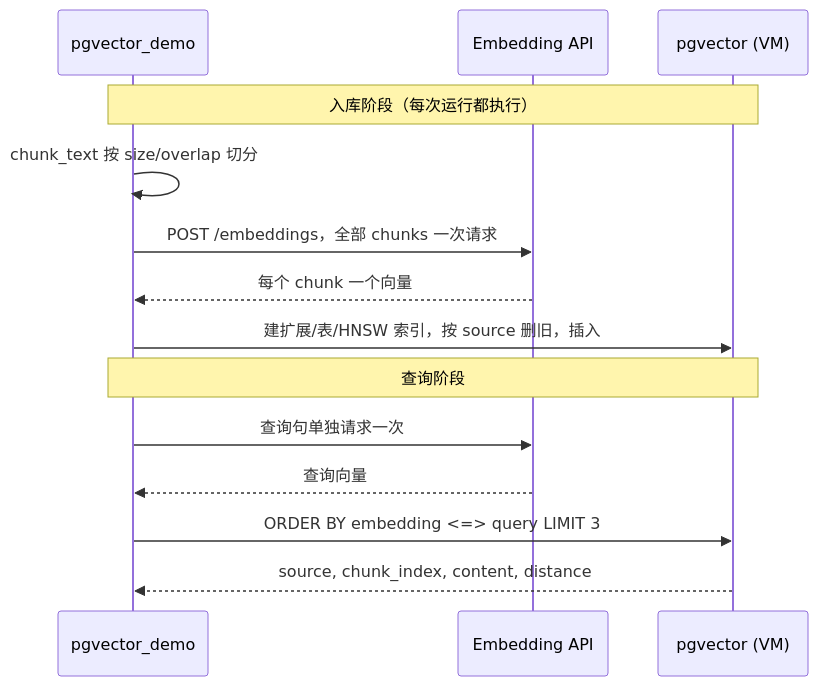
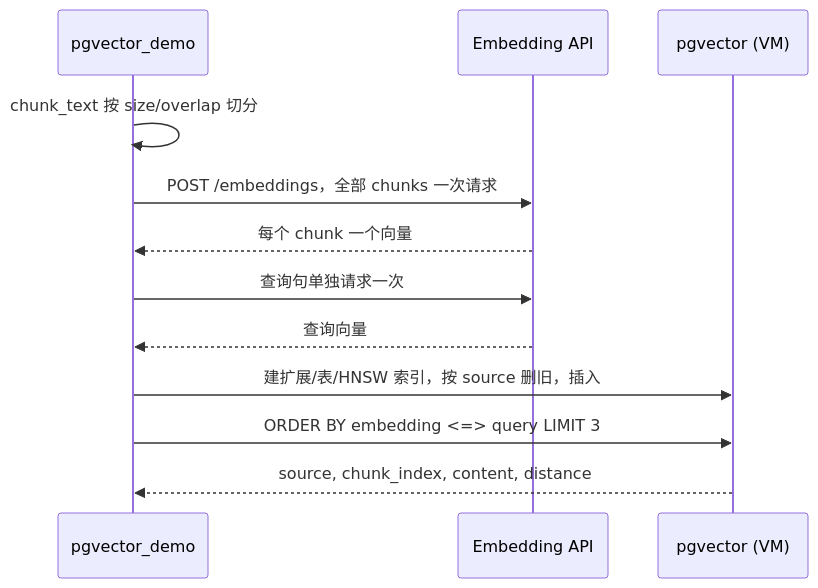
The diagram in notes/phase2/day07/rag-retrieval.md (chayu163/java-agent-lab), drawn with Mermaid before and after one commit. The commit also changed other lines of this file and 1 other file, not shown here.

````diff
--- a/notes/phase2/day07/rag-retrieval.md
+++ b/notes/phase2/day07/rag-retrieval.md
@@ -27,16 +27,14 @@
 ```mermaid
 sequenceDiagram
     participant App as pgvector_demo
     participant Emb as Embedding API
     participant DB as pgvector (VM)
-    Note over App,DB: 入库阶段（每次运行都执行）
     App->>App: chunk_text 按 size/overlap 切分
     App->>Emb: POST /embeddings，全部 chunks 一次请求
     Emb-->>App: 每个 chunk 一个向量
-    App->>DB: 建扩展/表/HNSW 索引，按 source 删旧，插入
-    Note over App,DB: 查询阶段
     App->>Emb: 查询句单独请求一次
     Emb-->>App: 查询向量
+    App->>DB: 建扩展/表/HNSW 索引，按 source 删旧，插入
     App->>DB: ORDER BY embedding <=> query LIMIT 3
     DB-->>App: source, chunk_index, content, distance
 ```
````
